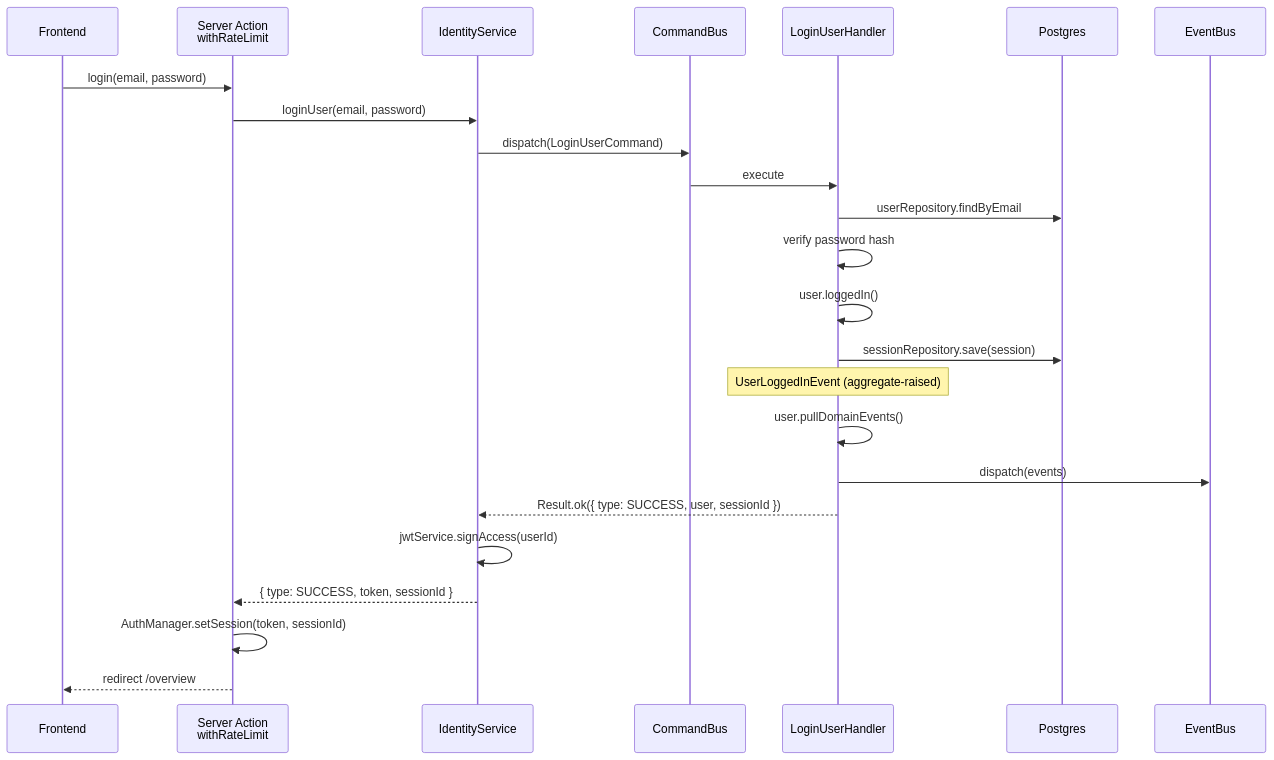
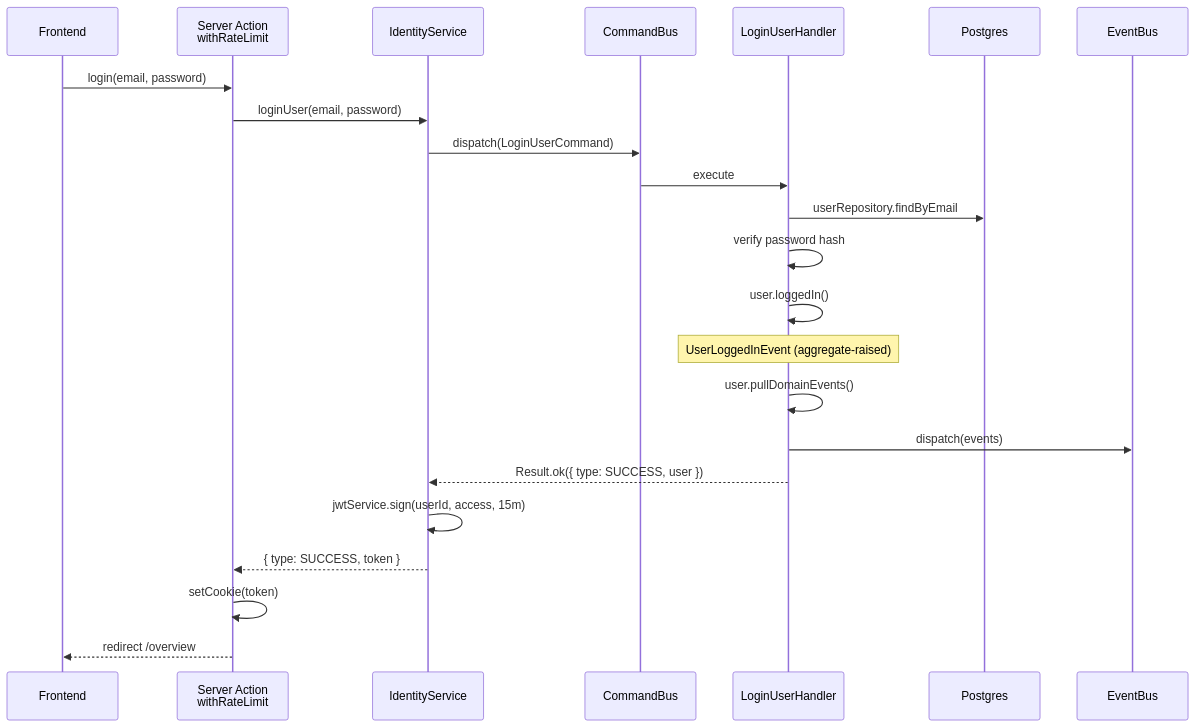
The sixth of 10 diagrams in docs/flows.md (ctsmith2308/ledger), drawn with Mermaid before and after one commit. The commit also changed other lines of this file and 67 other files, not shown here.

````diff
--- a/docs/flows.md
+++ b/docs/flows.md
@@ -198,27 +198,26 @@
 ```mermaid
 sequenceDiagram
     participant UI as Frontend
     participant SA as Server Action<br/>withRateLimit
     participant SVC as IdentityService
     participant CB as CommandBus
     participant LH as LoginUserHandler
     participant DB as Postgres
     participant EB as EventBus
 
     UI->>SA: login(email, password)
     SA->>SVC: loginUser(email, password)
     SVC->>CB: dispatch(LoginUserCommand)
     CB->>LH: execute
     LH->>DB: userRepository.findByEmail
     LH->>LH: verify password hash
     LH->>LH: user.loggedIn()
-    LH->>DB: sessionRepository.save(session)
     Note over LH: UserLoggedInEvent (aggregate-raised)
     LH->>LH: user.pullDomainEvents()
     LH->>EB: dispatch(events)
-    LH-->>SVC: Result.ok({ type: SUCCESS, user, sessionId })
-    SVC->>SVC: jwtService.signAccess(userId)
-    SVC-->>SA: { type: SUCCESS, token, sessionId }
-    SA->>SA: AuthManager.setSession(token, sessionId)
+    LH-->>SVC: Result.ok({ type: SUCCESS, user })
+    SVC->>SVC: jwtService.sign(userId, access, 15m)
+    SVC-->>SA: { type: SUCCESS, token }
+    SA->>SA: setCookie(token)
     SA-->>UI: redirect /overview
 ```
````
